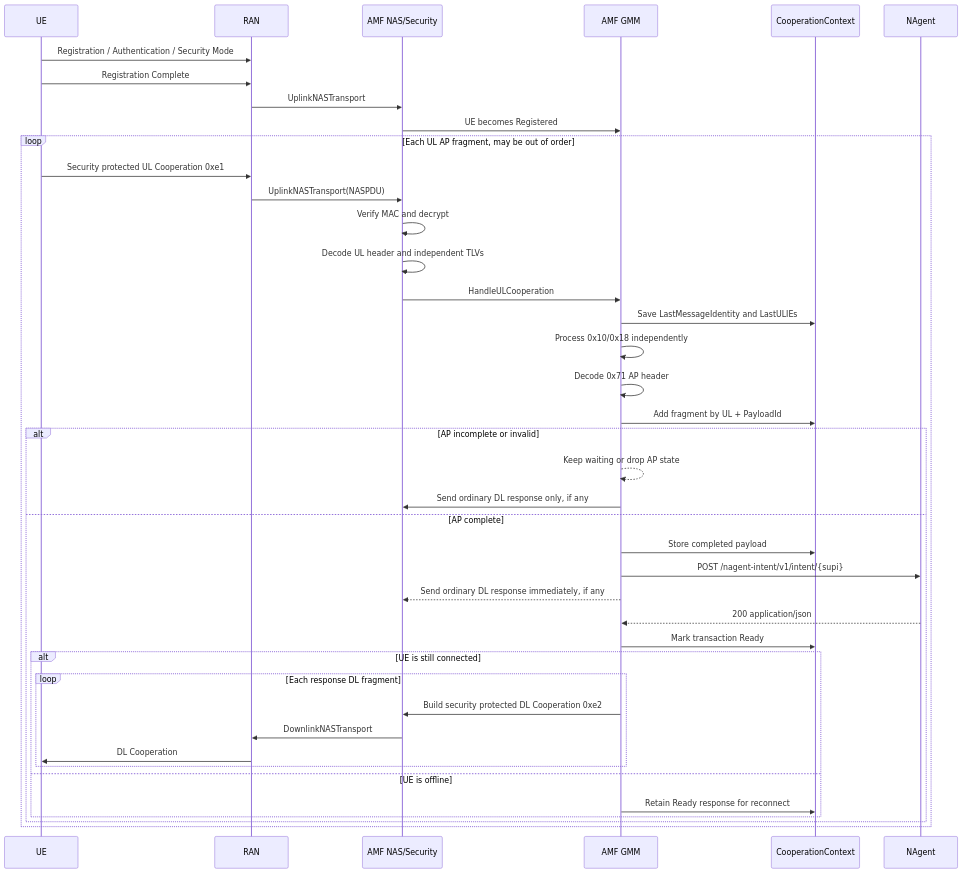
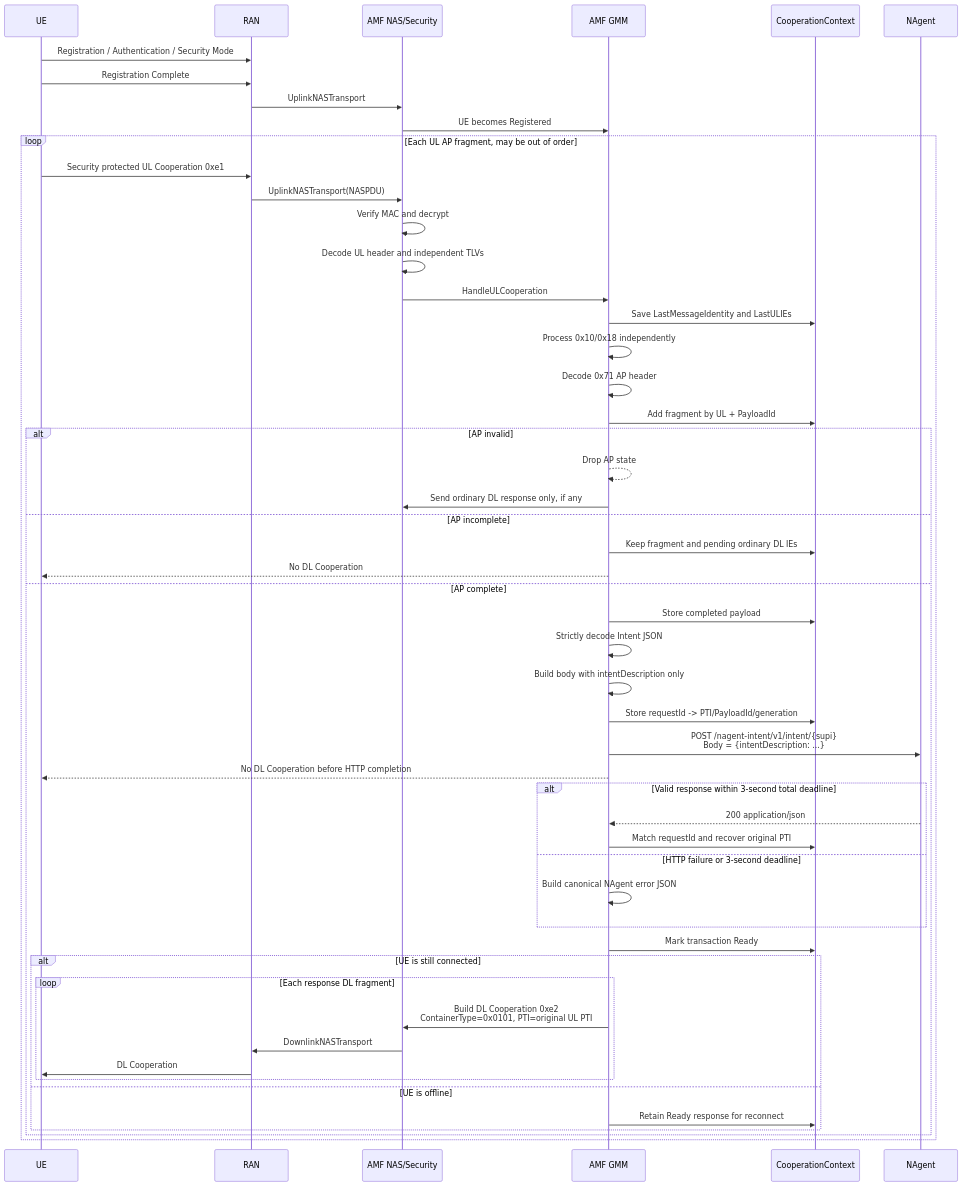
The diagram in docs/cooperation-porting-guide.md (acore2026/amf), drawn with Mermaid before and after one commit. The commit also changed other lines of this file and 43 other files, not shown here.

Commit message:
feat: complete AP intent NAgent flow

````diff
--- a/docs/cooperation-porting-guide.md
+++ b/docs/cooperation-porting-guide.md
@@ -242,45 +243,56 @@
 ```mermaid
 sequenceDiagram
     participant UE
     participant RAN
     participant NAS as AMF NAS/Security
     participant GMM as AMF GMM
     participant CTX as CooperationContext
     participant NAgent
 
     UE->>RAN: Registration / Authentication / Security Mode
     UE->>RAN: Registration Complete
     RAN->>NAS: UplinkNASTransport
     NAS->>GMM: UE becomes Registered
 
     loop Each UL AP fragment, may be out of order
         UE->>RAN: Security protected UL Cooperation 0xe1
         RAN->>NAS: UplinkNASTransport(NASPDU)
         NAS->>NAS: Verify MAC and decrypt
         NAS->>NAS: Decode UL header and independent TLVs
         NAS->>GMM: HandleULCooperation
         GMM->>CTX: Save LastMessageIdentity and LastULIEs
         GMM->>GMM: Process 0x10/0x18 independently
         GMM->>GMM: Decode 0x71 AP header
         GMM->>CTX: Add fragment by UL + PayloadId
-        alt AP incomplete or invalid
-            GMM-->>GMM: Keep waiting or drop AP state
+        alt AP invalid
+            GMM-->>GMM: Drop AP state
             GMM->>NAS: Send ordinary DL response only, if any
+        else AP incomplete
+            GMM->>CTX: Keep fragment and pending ordinary DL IEs
+            GMM-->>UE: No DL Cooperation
         else AP complete
             GMM->>CTX: Store completed payload
-            GMM->>NAgent: POST /nagent-intent/v1/intent/{supi}
-            GMM-->>NAS: Send ordinary DL response immediately, if any
-            NAgent-->>GMM: 200 application/json
+            GMM->>GMM: Strictly decode Intent JSON
+            GMM->>GMM: Build body with intentDescription only
+            GMM->>CTX: Store requestId -> PTI/PayloadId/generation
+            GMM->>NAgent: POST /nagent-intent/v1/intent/{supi}<br/>Body = {intentDescription: ...}
+            GMM-->>UE: No DL Cooperation before HTTP completion
+            alt Valid response within 3-second total deadline
+                NAgent-->>GMM: 200 application/json
+                GMM->>CTX: Match requestId and recover original PTI
+            else HTTP failure or 3-second deadline
+                GMM->>GMM: Build canonical NAgent error JSON
+            end
             GMM->>CTX: Mark transaction Ready
             alt UE is still connected
                 loop Each response DL fragment
-                    GMM->>NAS: Build security protected DL Cooperation 0xe2
+                    GMM->>NAS: Build DL Cooperation 0xe2<br/>ContainerType=0x0101, PTI=original UL PTI
                     NAS->>RAN: DownlinkNASTransport
                     RAN->>UE: DL Cooperation
                 end
             else UE is offline
                 GMM->>CTX: Retain Ready response for reconnect
             end
         end
     end
 ```
````
